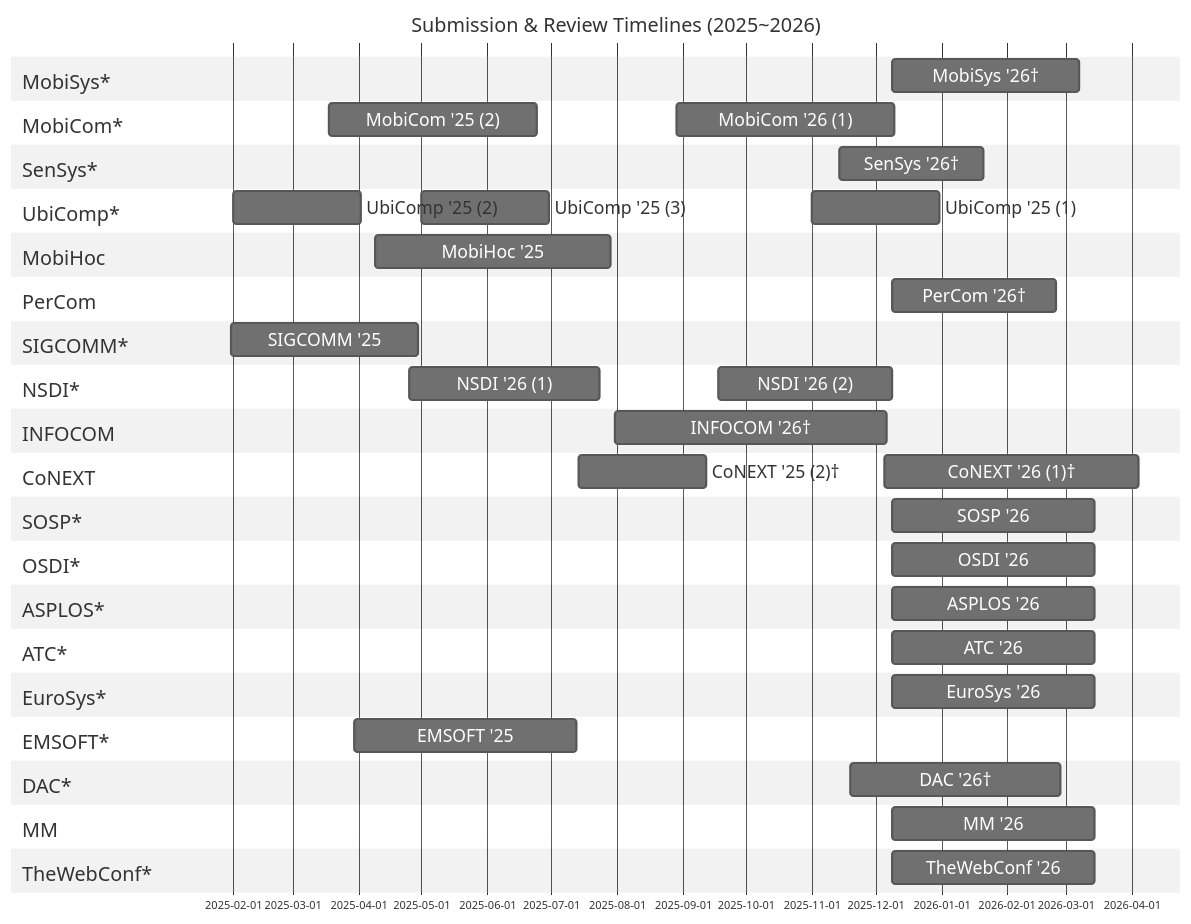
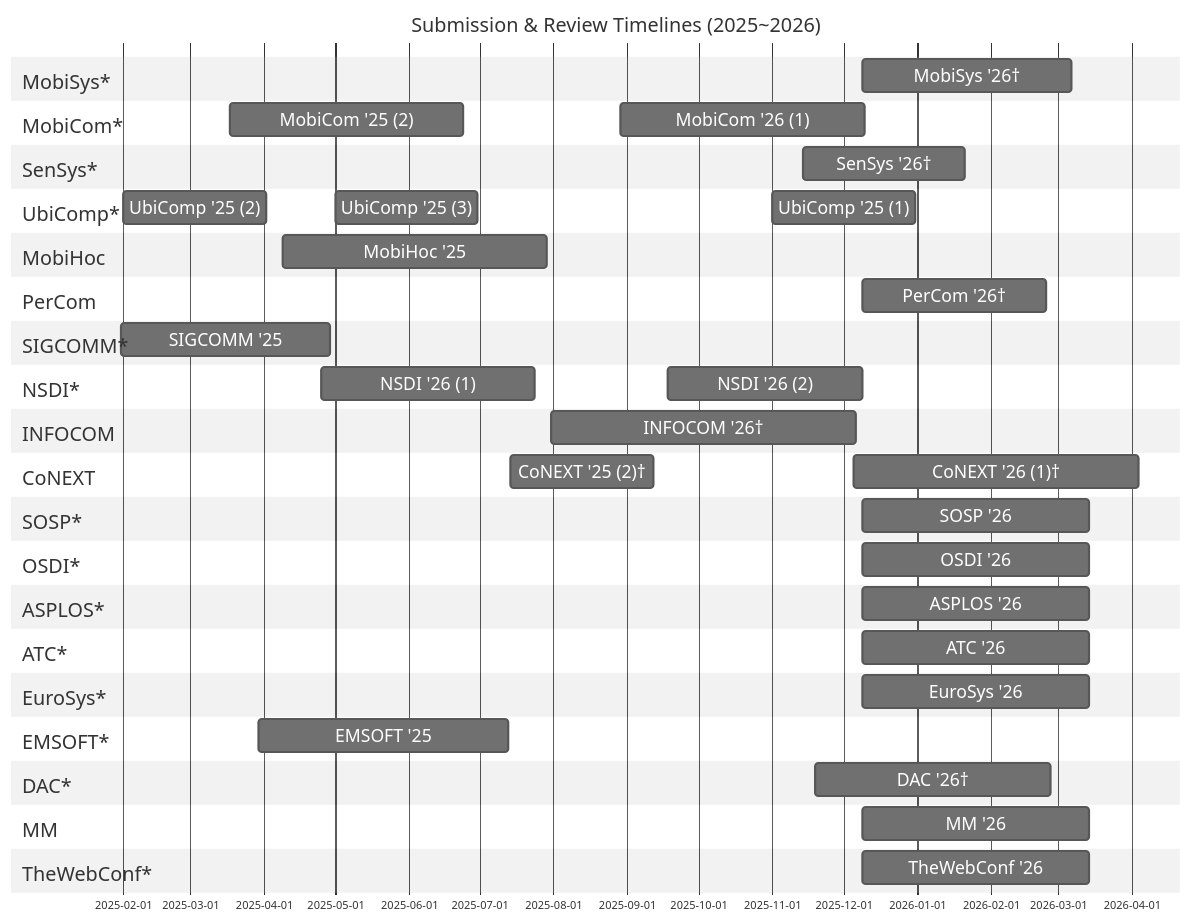
Before and after one commit to iamseonghoon/Mobile-Systems-Conference-Timelines: the diagram in README.md, drawn with Mermaid.

```diff
--- a/README.md
+++ b/README.md
@@ -12,7 +12,7 @@
 "gantt": {
       "fontSize": 16,
       "sectionFontSize": 18,
-      "leftPadding": 200,
+      "leftPadding": 100,
       "displayMode": "compact",
       "barHeight": 30,
       "barGap": 10
```
